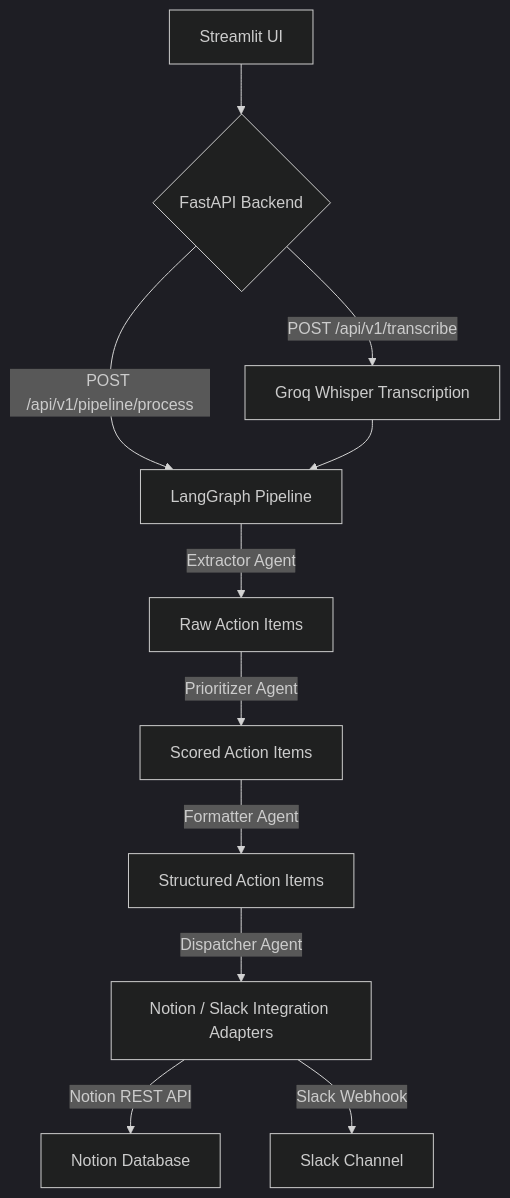
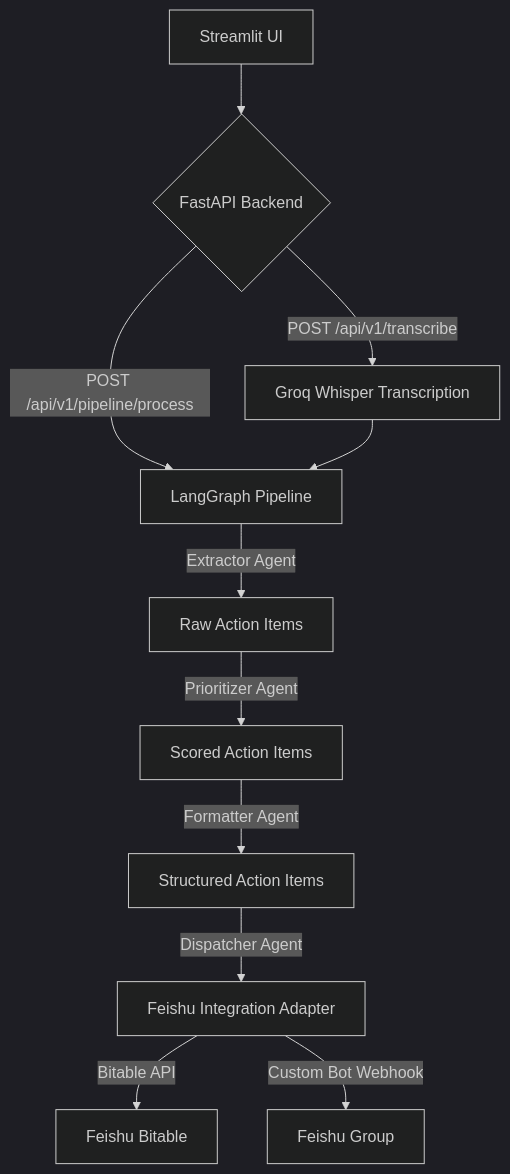
The diagram in README.md (Liuzilu0913/ActionScribe), drawn with Mermaid (dark theme) before and after one commit. The commit also changed other lines of this file and 16 other files, not shown here.

Commit message:
feat: replace Notion and Slack with Feishu integrations

````diff
--- a/README.md
+++ b/README.md
@@ -73,13 +72,13 @@
 ```mermaid
 graph TD
     A["Streamlit UI"] --> B{"FastAPI Backend"}
     B -- "POST /api/v1/transcribe" --> C["Groq Whisper Transcription"]
     B -- "POST /api/v1/pipeline/process" --> D["LangGraph Pipeline"]
     C --> D
     D -- "Extractor Agent" --> E["Raw Action Items"]
     E -- "Prioritizer Agent" --> F["Scored Action Items"]
     F -- "Formatter Agent" --> G["Structured Action Items"]
-    G -- "Dispatcher Agent" --> H["Notion / Slack Integration Adapters"]
-    H -- "Notion REST API" --> I["Notion Database"]
-    H -- "Slack Webhook" --> J["Slack Channel"]
+    G -- "Dispatcher Agent" --> H["Feishu Integration Adapter"]
+    H -- "Bitable API" --> I["Feishu Bitable"]
+    H -- "Custom Bot Webhook" --> J["Feishu Group"]
 ```
````
